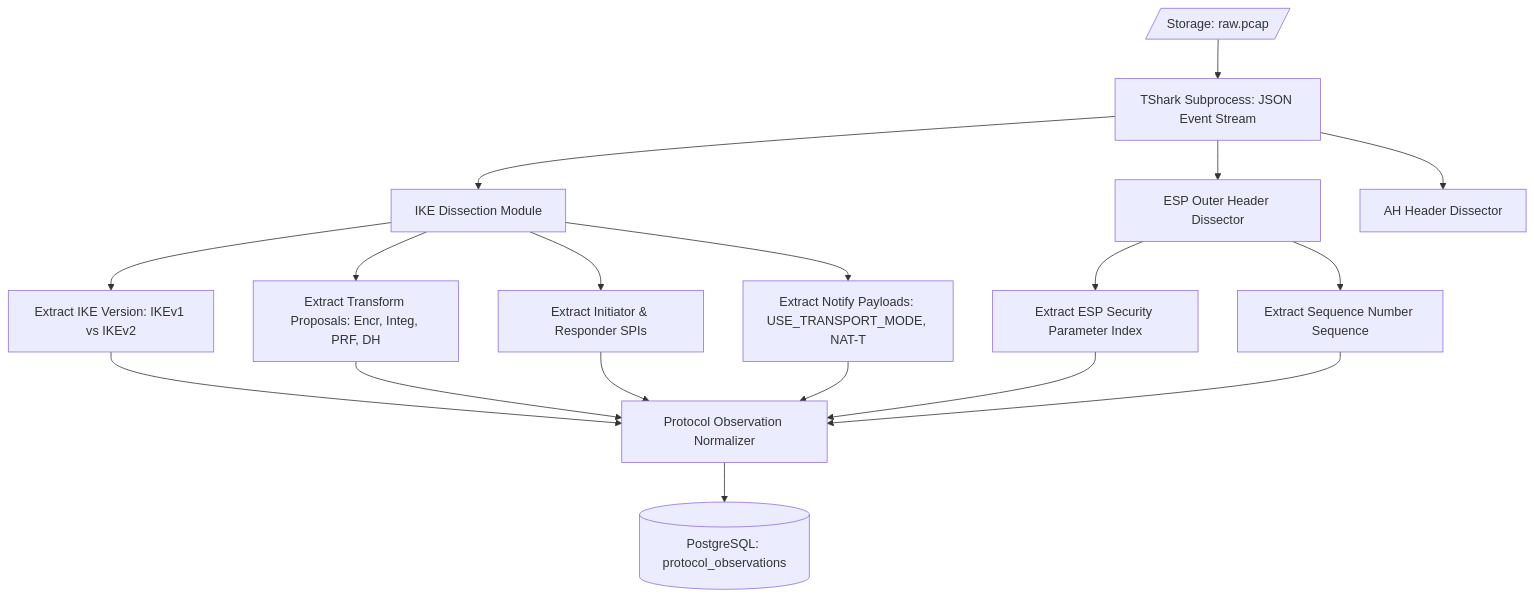
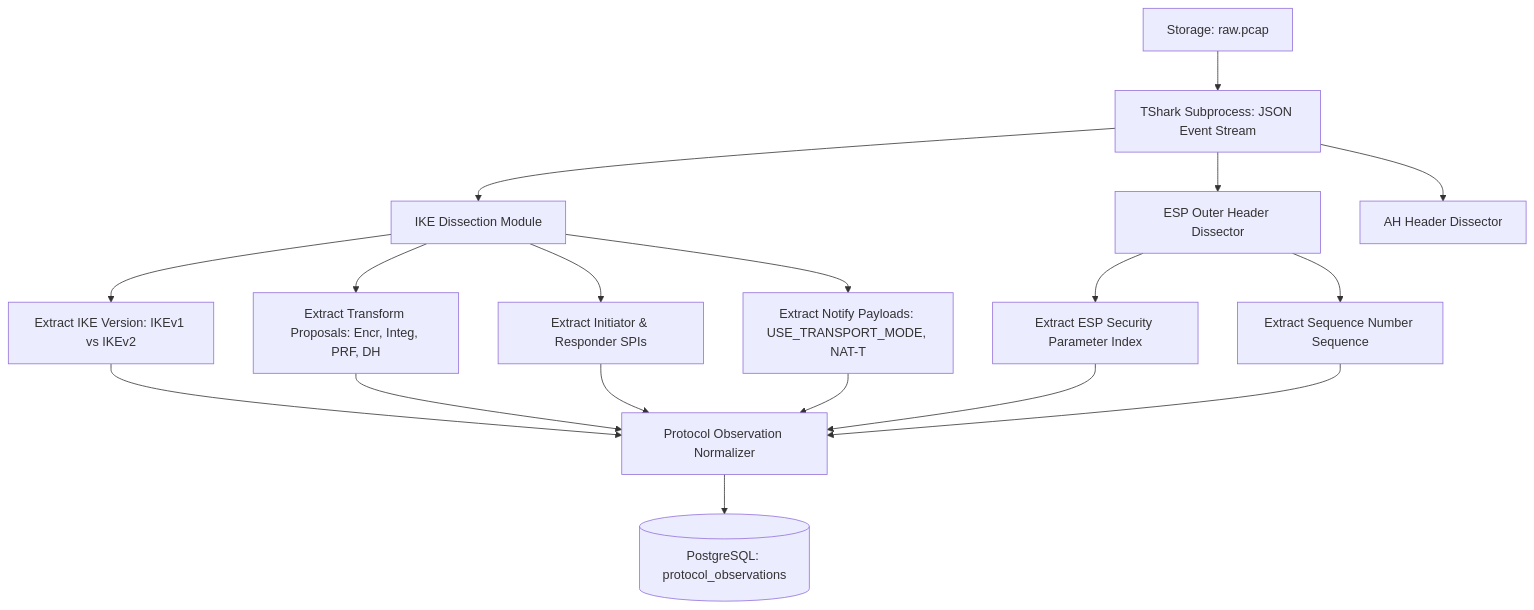
One commit to sharancode3/TunnelTrace-AI changed the seventh of 20 diagrams in docs/architecture/SYSTEM_ARCHITECTURE.md. Above: the diagram before and after it, drawn with Mermaid. The commit also changed other lines of this file and 14 other files, not shown here.

Commit message:
fix(docs): standardize all Mermaid diagram syntax for GitHub rendering

````diff
--- a/docs/architecture/SYSTEM_ARCHITECTURE.md
+++ b/docs/architecture/SYSTEM_ARCHITECTURE.md
@@ -506,21 +520,27 @@
 ```mermaid
+
 graph TD
-    RAW_PCAP[/Storage: raw.pcap/] --> TSHARK[TShark Subprocess: JSON Event Stream]
+    RAW_PCAP["Storage: raw.pcap"] --> TSHARK["TShark Subprocess: JSON Event Stream"]
     
-    TSHARK --> PARSE_IKE[IKE Dissection Module]
-    TSHARK --> PARSE_ESP[ESP Outer Header Dissector]
-    TSHARK --> PARSE_AH[AH Header Dissector]
+    TSHARK --> PARSE_IKE["IKE Dissection Module"]
+    TSHARK --> PARSE_ESP["ESP Outer Header Dissector"]
+    TSHARK --> PARSE_AH["AH Header Dissector"]
     
-    PARSE_IKE --> EXT_VER[Extract IKE Version: IKEv1 vs IKEv2]
-    PARSE_IKE --> EXT_PROP[Extract Transform Proposals: Encr, Integ, PRF, DH]
-    PARSE_IKE --> EXT_SPI[Extract Initiator & Responder SPIs]
-    PARSE_IKE --> EXT_NOTIFY[Extract Notify Payloads: USE_TRANSPORT_MODE, NAT-T]
+    PARSE_IKE --> EXT_VER["Extract IKE Version: IKEv1 vs IKEv2"]
+    PARSE_IKE --> EXT_PROP["Extract Transform Proposals: Encr, Integ, PRF, DH"]
+    PARSE_IKE --> EXT_SPI["Extract Initiator & Responder SPIs"]
+    PARSE_IKE --> EXT_NOTIFY["Extract Notify Payloads: USE_TRANSPORT_MODE, NAT-T"]
     
-    PARSE_ESP --> EXT_ESP_SPI[Extract ESP Security Parameter Index]
-    PARSE_ESP --> EXT_SEQ[Extract Sequence Number Sequence]
+    PARSE_ESP --> EXT_ESP_SPI["Extract ESP Security Parameter Index"]
+    PARSE_ESP --> EXT_SEQ["Extract Sequence Number Sequence"]
     
-    EXT_VER & EXT_PROP & EXT_SPI & EXT_NOTIFY --> NORM[Protocol Observation Normalizer]
-    EXT_ESP_SPI & EXT_SEQ --> NORM
+    EXT_VER --> NORM["Protocol Observation Normalizer"]
+    EXT_PROP --> NORM["Protocol Observation Normalizer"]
+    EXT_SPI --> NORM["Protocol Observation Normalizer"]
+    EXT_NOTIFY --> NORM["Protocol Observation Normalizer"]
+    EXT_ESP_SPI --> NORM
+    EXT_SEQ --> NORM
     
-    NORM --> DB_OBS[(PostgreSQL: protocol_observations)]
+    NORM --> DB_OBS[("PostgreSQL: protocol_observations")]
+
 ```
````
